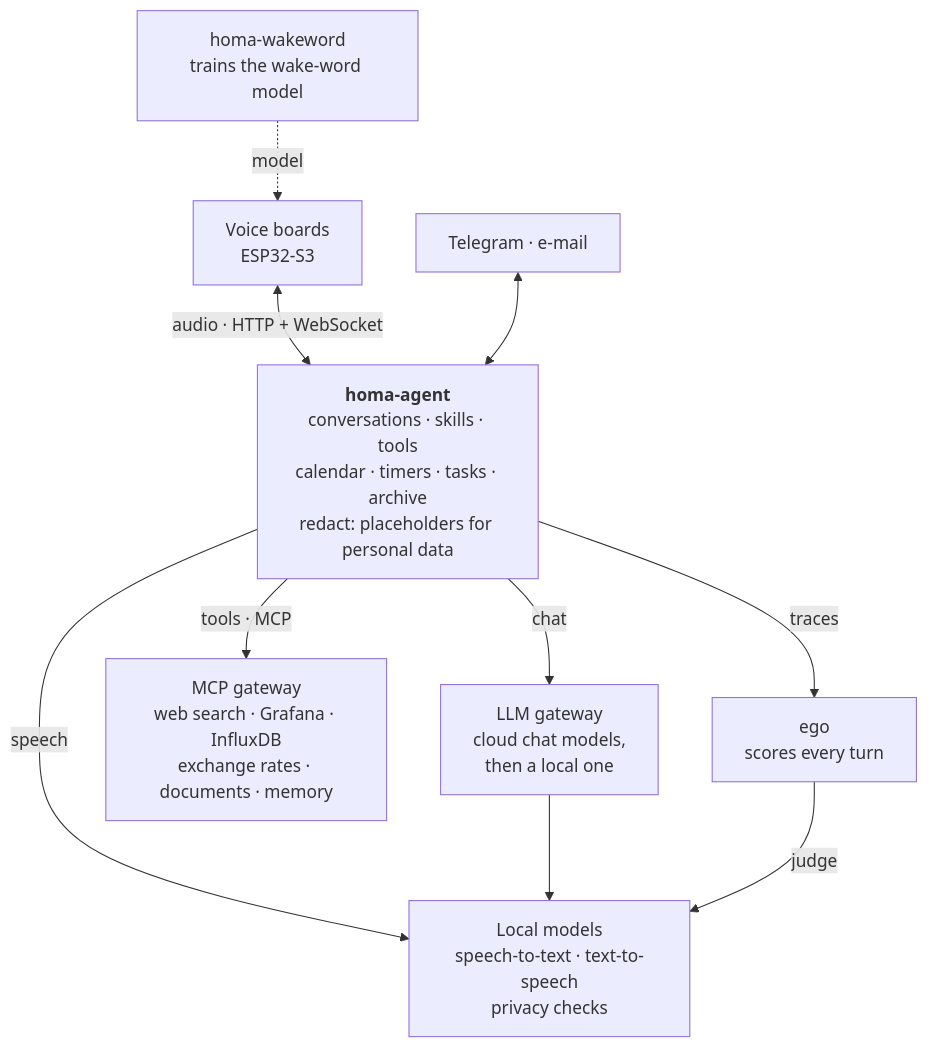
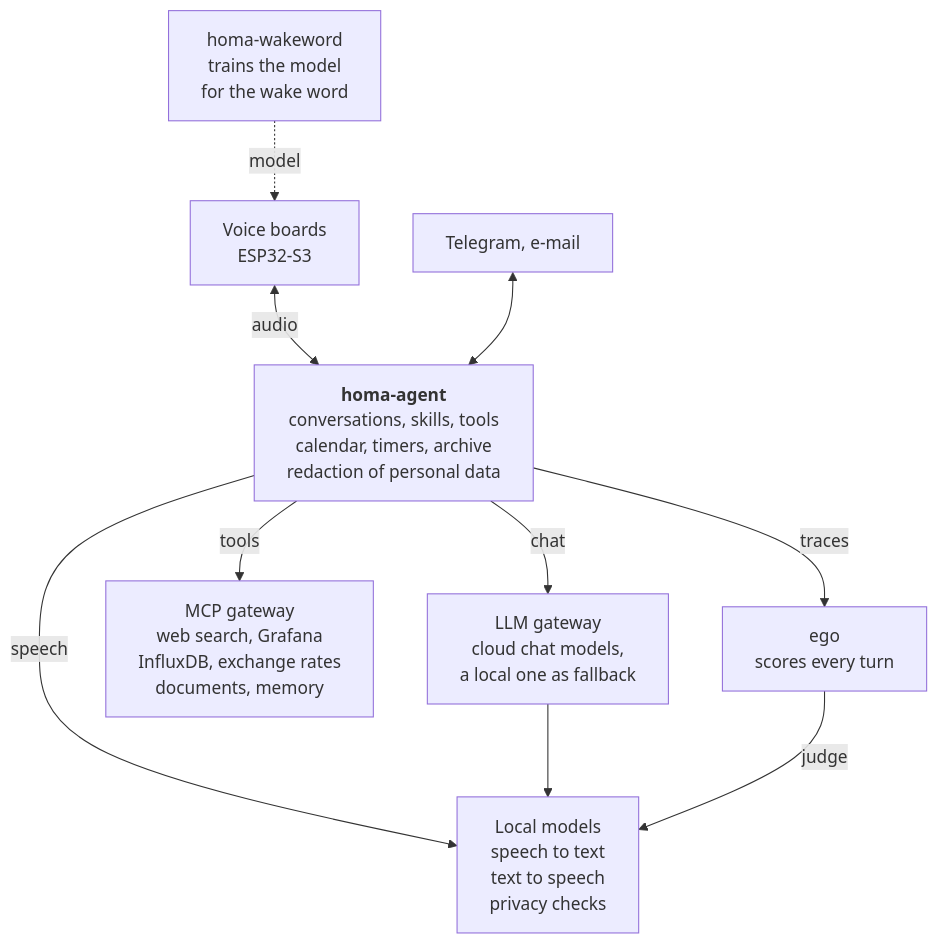
One commit to homa-platform/.github changed the diagram in profile/README.md. Above: the diagram before and after it, drawn with Mermaid.

Commit message:
docs: shorter labels in the diagram

````diff
--- a/profile/README.md
+++ b/profile/README.md
@@ -20,23 +20,23 @@
 ```mermaid
 flowchart TB
     voice["Voice boards<br/>ESP32-S3"]
-    chat["Telegram · e-mail"]
-    ww["homa-wakeword<br/>trains the wake-word model"]
+    chat["Telegram, e-mail"]
+    ww["homa-wakeword<br/>trains the model<br/>for the wake word"]
 
-    agent["<b>homa-agent</b><br/>conversations · skills · tools<br/>calendar · timers · tasks · archive<br/>redact: placeholders for personal data"]
+    agent["<b>homa-agent</b><br/>conversations, skills, tools<br/>calendar, timers, archive<br/>redaction of personal data"]
 
-    llm["LLM gateway<br/>cloud chat models,<br/>then a local one"]
-    local["Local models<br/>speech-to-text · text-to-speech<br/>privacy checks"]
-    mcp["MCP gateway<br/>web search · Grafana · InfluxDB<br/>exchange rates · documents · memory"]
+    llm["LLM gateway<br/>cloud chat models,<br/>a local one as fallback"]
+    local["Local models<br/>speech to text<br/>text to speech<br/>privacy checks"]
+    mcp["MCP gateway<br/>web search, Grafana<br/>InfluxDB, exchange rates<br/>documents, memory"]
     ego["ego<br/>scores every turn"]
 
     ww -. "model" .-> voice
-    voice <-- "audio · HTTP + WebSocket" --> agent
+    voice <-- "audio" --> agent
     chat <--> agent
     agent -- "chat" --> llm
     agent -- "speech" --> local
-    agent -- "tools · MCP" --> mcp
+    agent -- "tools" --> mcp
     agent -- "traces" --> ego
     llm --> local
     ego -- "judge" --> local
 ```
````
